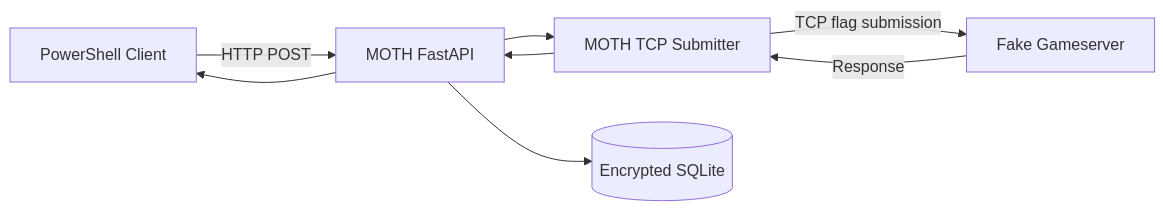
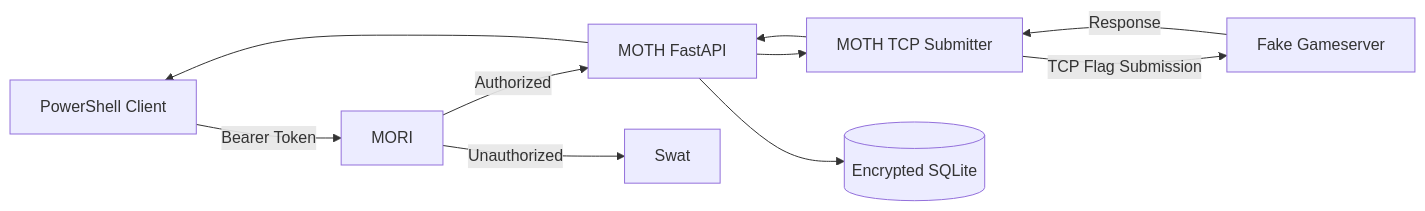
Diagram 12 of 14 in README.md (Denis-Krueger-labs/MOTH), drawn with Mermaid before and after one commit. The commit also changed other lines of this file, not shown here.

Commit message:
mori redacted the floor plan

````diff
--- a/README.md
+++ b/README.md
@@ -755,16 +978,20 @@
 ```mermaid
 flowchart LR
     PS[PowerShell Client]
+    MORI[MORI]
     API[MOTH FastAPI]
     TCP[MOTH TCP Submitter]
     FAKE[Fake Gameserver]
     DB[(Encrypted SQLite)]
 
-    PS -->|HTTP POST| API
+    PS -->|Bearer Token| MORI
+    MORI -->|Authorized| API
+    MORI -->|Unauthorized| SWAT[Swat]
+
     API --> TCP
-    TCP -->|TCP flag submission| FAKE
+    TCP -->|TCP Flag Submission| FAKE
     FAKE -->|Response| TCP
     TCP --> API
     API --> DB
     API --> PS
 ```
````
